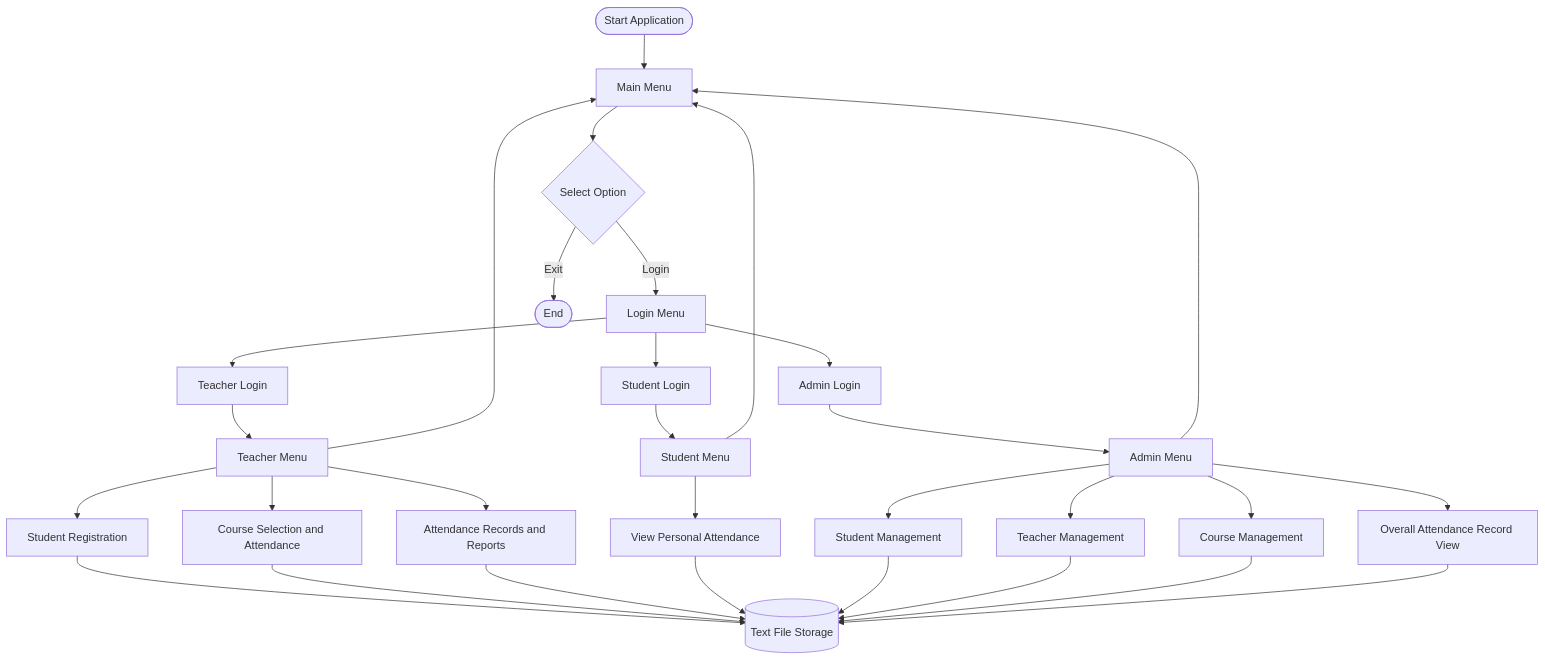
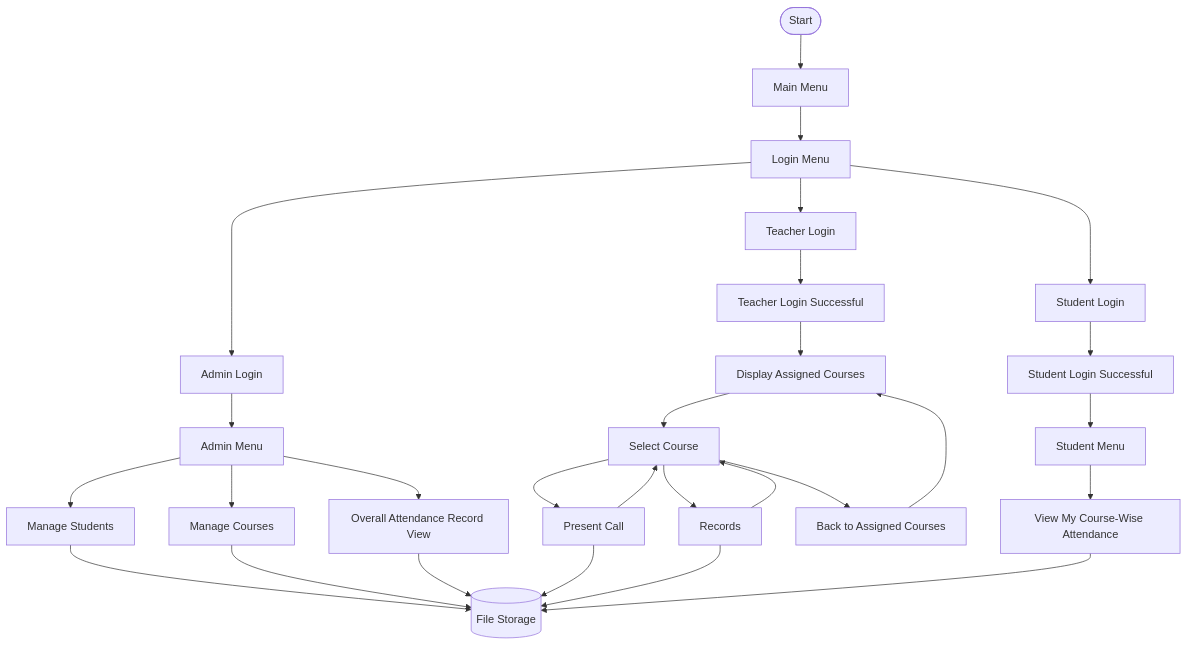
The diagram in README.md (adilmahmudayon-hue/Smart-Attendance-System), drawn with Mermaid before and after one commit. The commit also changed other lines of this file, not shown here.

````diff
--- a/README.md
+++ b/README.md
@@ -73,38 +97,37 @@
 ```mermaid
 flowchart TD
-    A([Start Application]) --> B[Main Menu]
-    B --> C{Select Option}
-    C -->|Login| D[Login Menu]
-    C -->|Exit| Z([End])
+    A([Start]) --> B[Main Menu]
+    B --> C[Login Menu]
 
-    D --> E[Teacher Login]
-    D --> F[Student Login]
-    D --> G[Admin Login]
+    C --> D[Admin Login]
+    C --> E[Teacher Login]
+    C --> F[Student Login]
 
-    E --> H[Teacher Menu]
-    F --> I[Student Menu]
-    G --> J[Admin Menu]
+    D --> G[Admin Menu]
+    E --> H[Teacher Login Successful]
+    F --> I[Student Login Successful]
 
-    H --> K[Student Registration]
-    H --> L[Course Selection and Attendance]
-    H --> M[Attendance Records and Reports]
+    G --> J[Manage Students]
+    G --> K[Manage Courses]
+    G --> L[Overall Attendance Record View]
 
-    I --> N[View Personal Attendance]
-    J --> O[Student Management]
-    J --> P[Teacher Management]
-    J --> Q[Course Management]
-    J --> R[Overall Attendance Record View]
+    H --> M[Display Assigned Courses]
+    M --> N[Select Course]
+    N --> O[Present Call]
+    N --> P[Records]
+    N --> Q[Back to Assigned Courses]
 
-    K --> S[(Text File Storage)]
-    L --> S
-    M --> S
-    N --> S
-    O --> S
-    P --> S
-    Q --> S
-    R --> S
+    I --> R[Student Menu]
+    R --> S[View My Course-Wise Attendance]
 
-    H --> B
-    I --> B
-    J --> B
+    J --> T[(File Storage)]
+    K --> T
+    L --> T
+    O --> T
+    P --> T
+    S --> T
+
+    Q --> M
+    O --> N
+    P --> N
 ```
````
